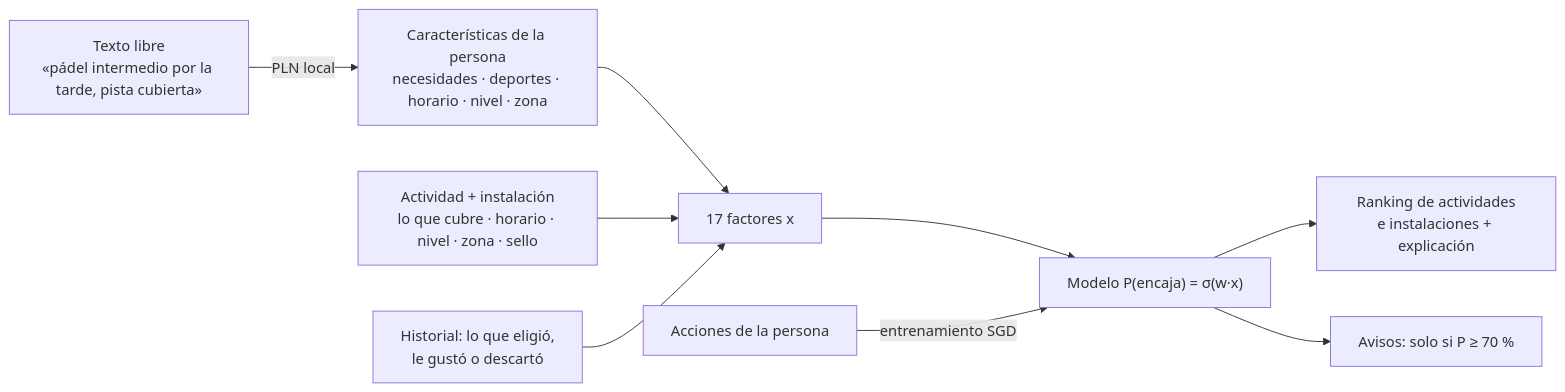
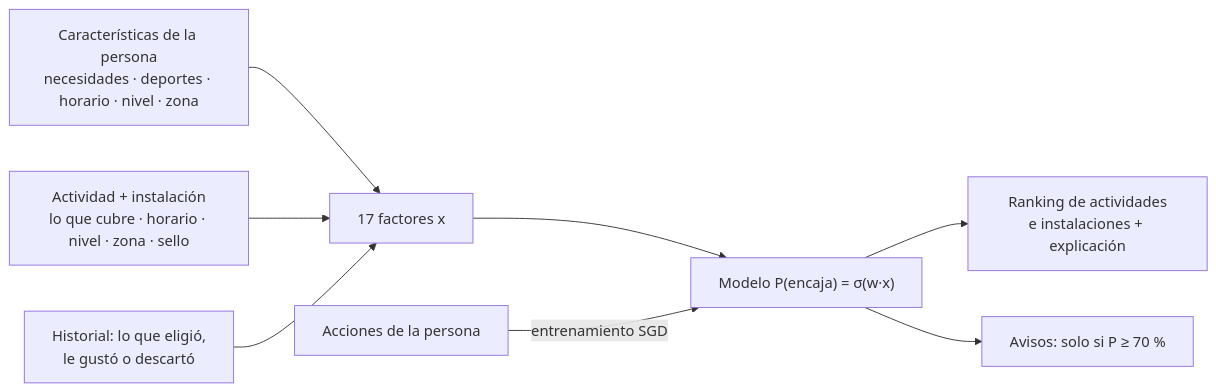
Before and after one commit to javierromeo1612/fit-in-ia: the diagram in ARQUITECTURA-IA.md, drawn with Mermaid. The commit also changed other lines of this file and 10 other files, not shown here.

````diff
--- a/ARQUITECTURA-IA.md
+++ b/ARQUITECTURA-IA.md
@@ -15,11 +15,10 @@
 ```mermaid
 flowchart LR
     P[Características de la persona<br/>necesidades · deportes · horario · nivel · zona] --> X
-    T[Texto libre<br/>«pádel intermedio por la tarde, pista cubierta»] -- PLN local --> P
     A[Actividad + instalación<br/>lo que cubre · horario · nivel · zona · sello] --> X
     H[Historial: lo que eligió,<br/>le gustó o descartó] --> X
     X[17 factores x] --> M["Modelo  P(encaja) = σ(w·x)"]
     M --> R[Ranking de actividades<br/>e instalaciones + explicación]
     M --> N[Avisos: solo si P ≥ 70 %]
     U[Acciones de la persona] -- entrenamiento SGD --> M
 ```
````
